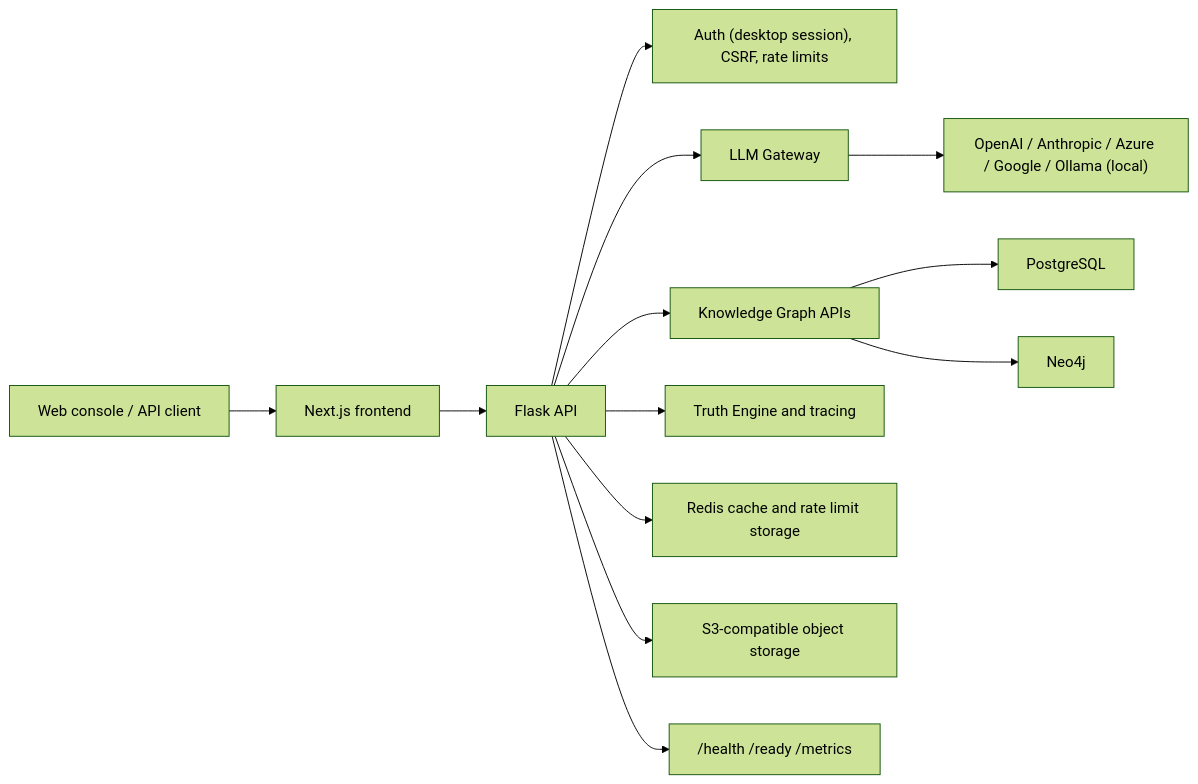
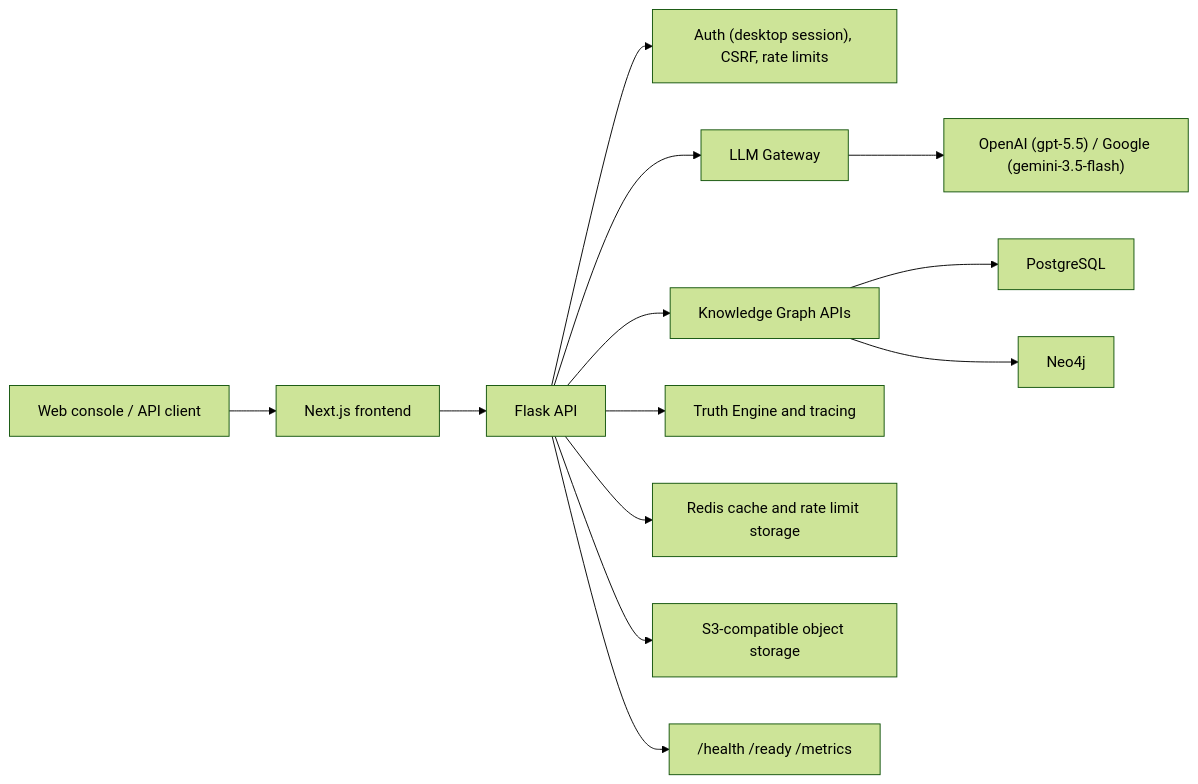
The diagram in README.md (kherrera6219/DataLogicEngine), drawn with Mermaid (forest theme) before and after one commit. The commit also changed other lines of this file and 58 other files, not shown here.

````diff
--- a/README.md
+++ b/README.md
@@ -217,15 +213,15 @@
 ```mermaid
 flowchart LR
   Client["Web console / API client"] --> Frontend["Next.js frontend"]
   Frontend --> API["Flask API"]
   API --> Auth["Auth (desktop session), CSRF, rate limits"]
   API --> Gateway["LLM Gateway"]
   API --> Graph["Knowledge Graph APIs"]
   API --> Truth["Truth Engine and tracing"]
-  Gateway --> Providers["OpenAI / Anthropic / Azure / Google / Ollama (local)"]
+  Gateway --> Providers["OpenAI (gpt-5.5) / Google (gemini-3.5-flash)"]
   Graph --> Postgres["PostgreSQL"]
   Graph --> Neo4j["Neo4j"]
   API --> Redis["Redis cache and rate limit storage"]
   API --> ObjectStore["S3-compatible object storage"]
   API --> Metrics["/health /ready /metrics"]
 ```
````
